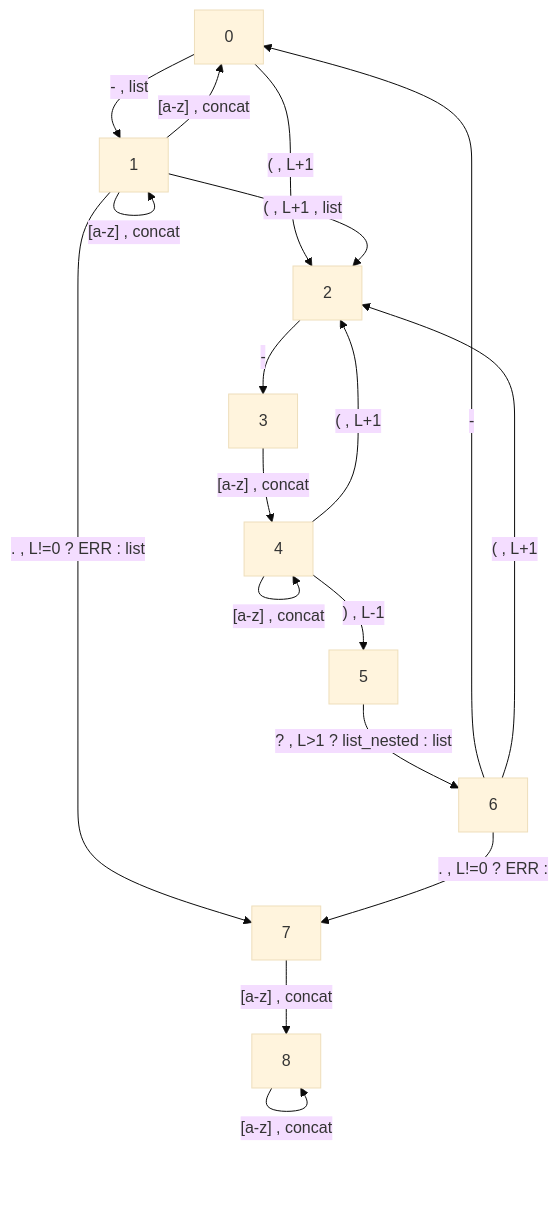
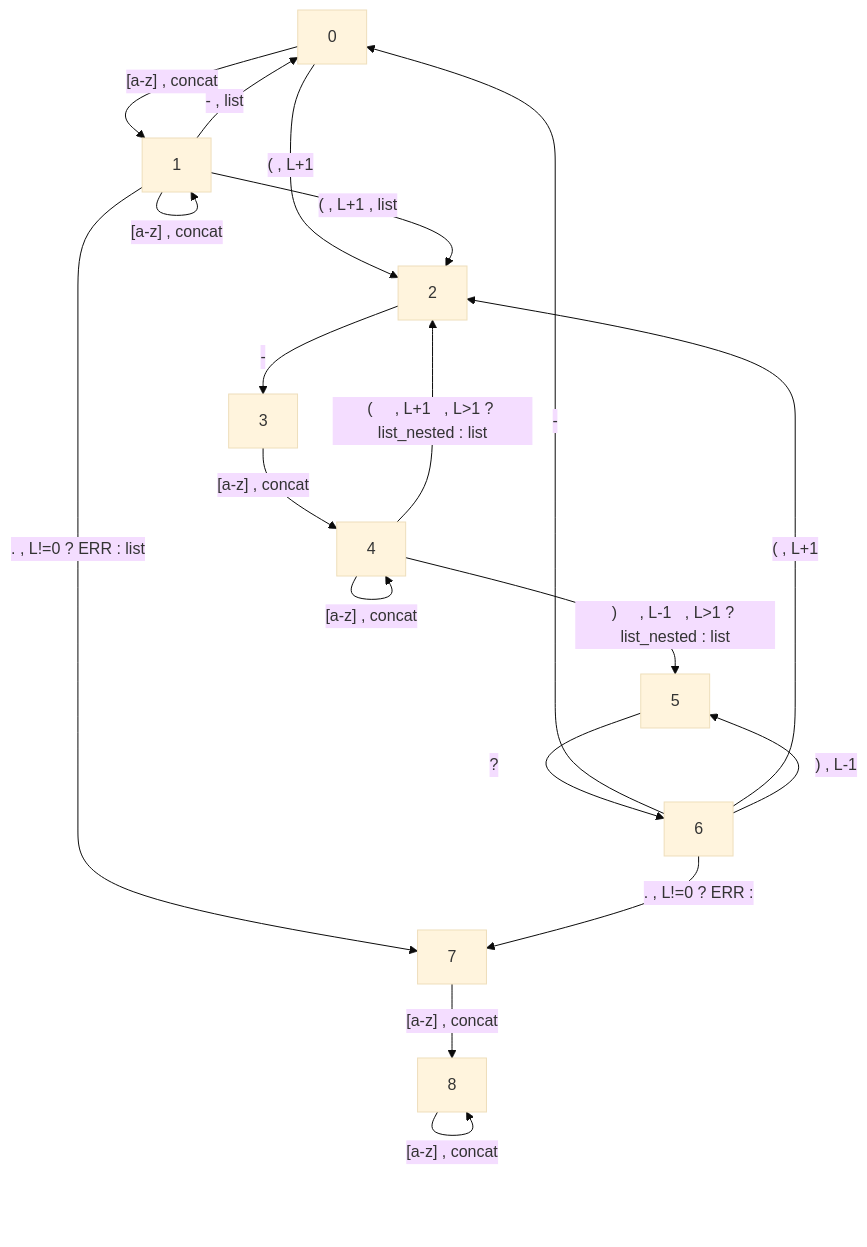
The diagram in README.md (csunibo/synta), drawn with Mermaid (base theme) before and after one commit. The commit also changed other lines of this file and 1 other file, not shown here.

Commit message:
Fix BNF definition and FSA in README, and correct the tests

````diff
--- a/README.md
+++ b/README.md
@@ -72,20 +73,21 @@
 ``` mermaid
 graph TD
-0 -- "-             , list"                     --> 1
+0 -- "[a-z]         , concat"                   --> 1
 0 -- "(     , L+1     "                         --> 2
-1 -- "[a-z]         , concat"                   --> 0
+1 -- "-             , list"                     --> 0
 1 -- "[a-z]         , concat"                   --> 1
 1 -- "(     , L+1   , list"                     --> 2
 1 -- ".             , L!=0 ? ERR : list"        --> 7
 2 -- "-               "                         --> 3
 3 -- "[a-z]         , concat"                   --> 4
-4 -- "(     , L+1     "                         --> 2
+4 -- "(     , L+1   , L>1 ? list_nested : list" --> 2
 4 -- "[a-z]         , concat"                   --> 4
-4 -- ")     , L-1     "                         --> 5
-5 -- "?             , L>1 ? list_nested : list" --> 6
+4 -- ")     , L-1   , L>1 ? list_nested : list" --> 5
+5 -- "?"                                        --> 6
 6 -- "-               "                         --> 0
 6 -- "(     , L+1     "                         --> 2
+6 -- ")     , L-1     "                         --> 5
 6 -- ".             , L!=0 ? ERR : "            --> 7
 7 -- "[a-z]         , concat"                   --> 8
 8 -- "[a-z]         , concat"                   --> 8
 ```
````
